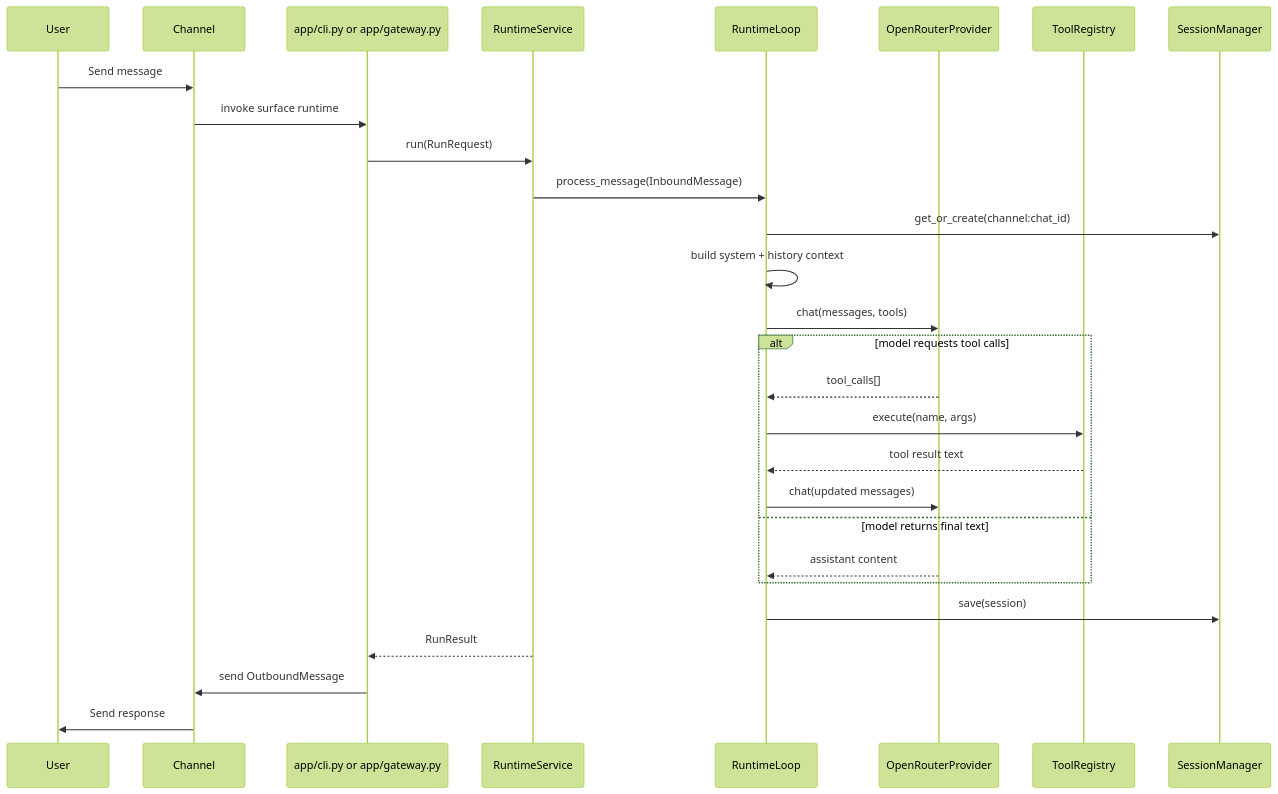
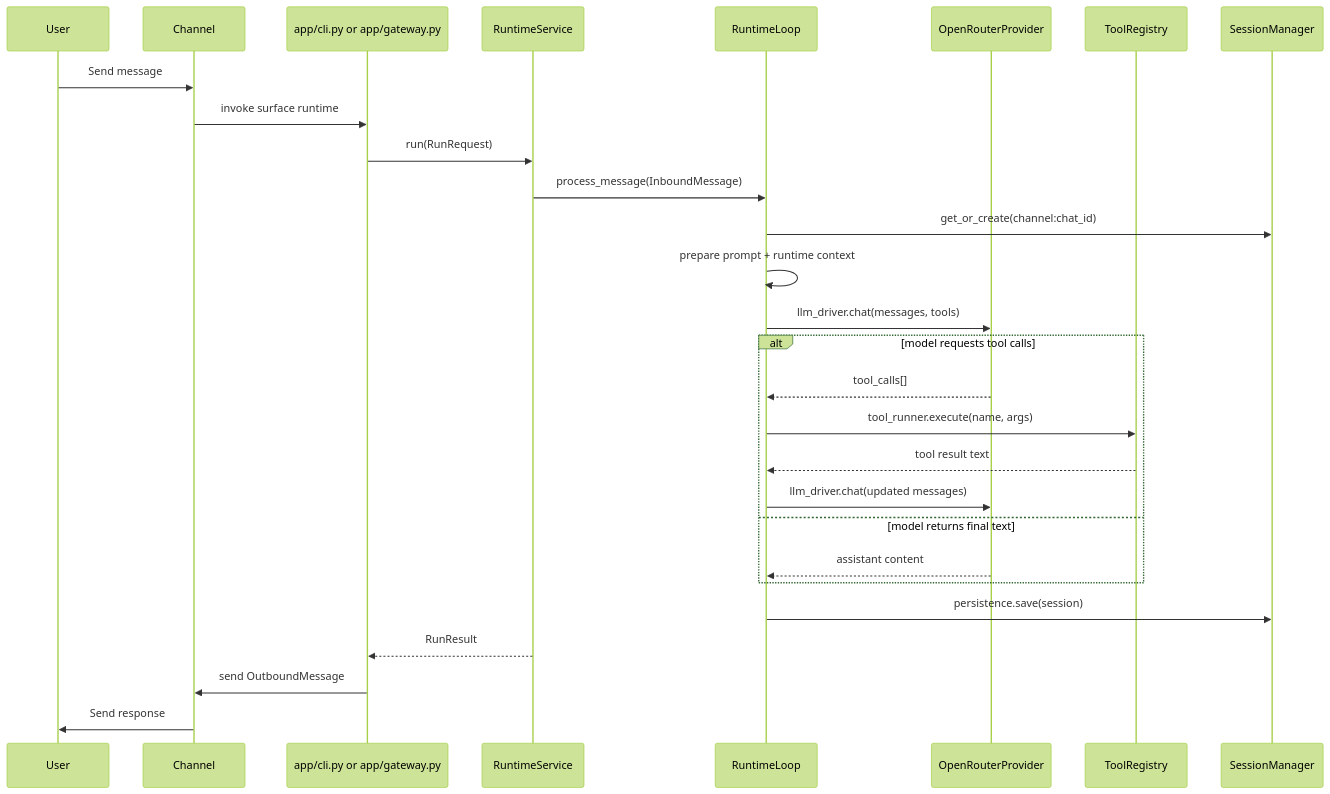
One commit to milescole/sideclaw changed the diagram in TECHNICAL.md. Above: the diagram before and after it, drawn with Mermaid (forest theme). The commit also changed other lines of this file and 15 other files, not shown here.

````diff
--- a/TECHNICAL.md
+++ b/TECHNICAL.md
@@ -41,33 +41,33 @@
 ```mermaid
 sequenceDiagram
     participant User
     participant Channel
     participant App as app/cli.py or app/gateway.py
     participant Runtime as RuntimeService
     participant Agent as RuntimeLoop
     participant LLM as OpenRouterProvider
     participant Tools as ToolRegistry
     participant Session as SessionManager
 
     User->>Channel: Send message
     Channel->>App: invoke surface runtime
     App->>Runtime: run(RunRequest)
     Runtime->>Agent: process_message(InboundMessage)
     Agent->>Session: get_or_create(channel:chat_id)
-    Agent->>Agent: build system + history context
-    Agent->>LLM: chat(messages, tools)
+    Agent->>Agent: prepare prompt + runtime context
+    Agent->>LLM: llm_driver.chat(messages, tools)
 
     alt model requests tool calls
         LLM-->>Agent: tool_calls[]
-        Agent->>Tools: execute(name, args)
+        Agent->>Tools: tool_runner.execute(name, args)
         Tools-->>Agent: tool result text
-        Agent->>LLM: chat(updated messages)
+        Agent->>LLM: llm_driver.chat(updated messages)
     else model returns final text
         LLM-->>Agent: assistant content
     end
 
-    Agent->>Session: save(session)
+    Agent->>Session: persistence.save(session)
     Runtime-->>App: RunResult
     App->>Channel: send OutboundMessage
     Channel->>User: Send response
 ```
````
